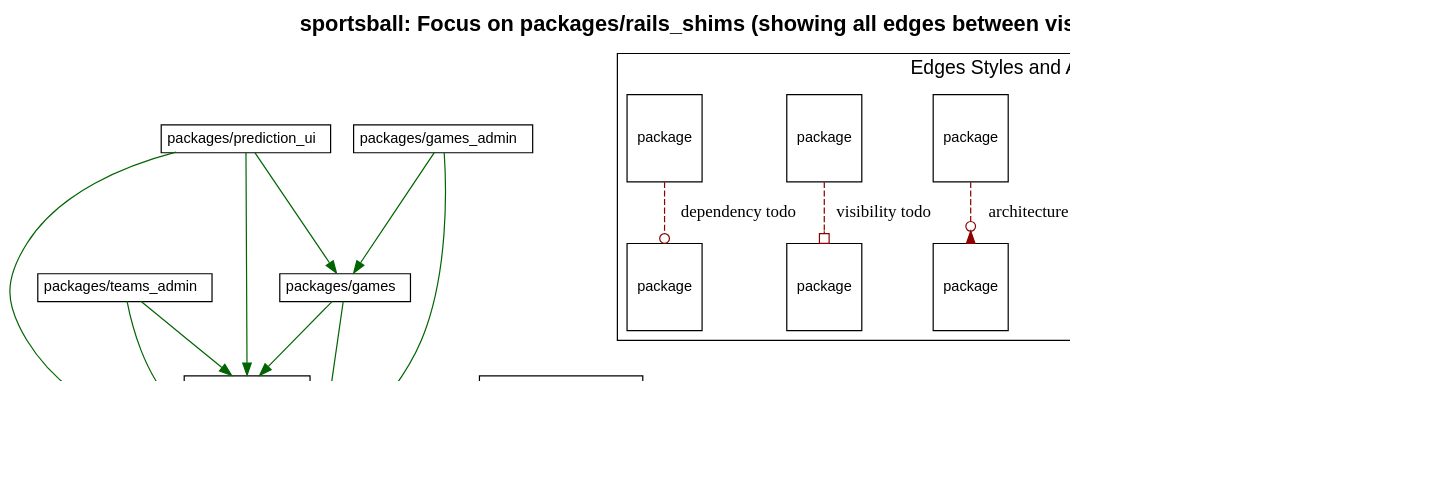
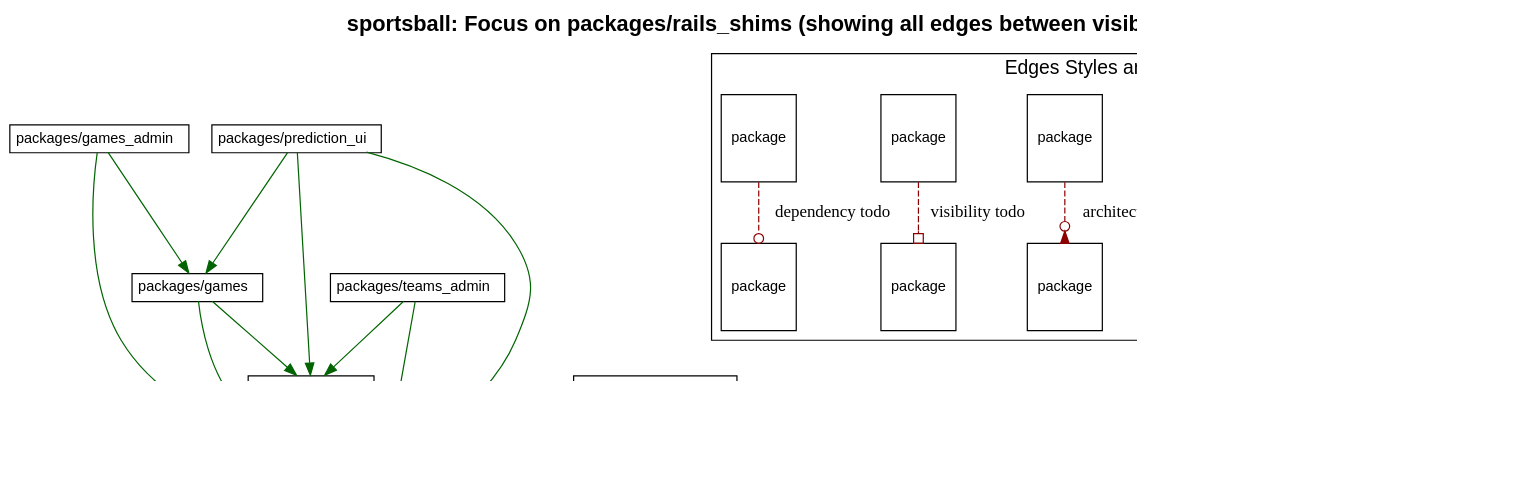
The diagram in c2s05/sportsball/diagrams/packages_rails_shims.dot (shageman/package-based-rails-applications-book), drawn with Graphviz before and after one commit. The commit also changed other lines of this file and 496 other files, not shown here.

Commit message:
Update package diagrams

```diff
--- a/c2s05/sportsball/diagrams/packages_rails_shims.dot
+++ b/c2s05/sportsball/diagrams/packages_rails_shims.dot
@@ -1,128 +1,128 @@
 digraph package_diagram {
   rankdir=TD
   graph [
     labelloc="t"
     fontname="Helvetica,Arial,sans-serif"
     dpi=100
     layout=dot
     label=<<b>sportsball: Focus on packages/rails_shims (showing all edges between visible packs)</b>>
     fontsize=18
   ]
   node [
     fontname="Helvetica,Arial,sans-serif"
     fontsize=26.0
     fontcolor=black
     fillcolor=white
     color=black
     height=1.0
     style=filled
     shape=plain
   ]
     subgraph NotInLayer {
       shape=box
       color=darkgrey
       fillcolor=lightblue
       style=filled
         cluster=false
-        "packages/rails_shims" [
-            fontsize=18.0
+        "packages/games" [
+            fontsize=12.0
             label= <
                 <table border='0' cellborder='1' cellspacing='0' cellpadding='4'>
-                  <tr> <td align='left'> packages/rails_shims </td> </tr>
+                  <tr> <td align='left'> packages/games </td> </tr>
+                </table>
+              >
+          ]
+        
+        "packages/games_admin" [
+            fontsize=12.0
+            label= <
+                <table border='0' cellborder='1' cellspacing='0' cellpadding='4'>
+                  <tr> <td align='left'> packages/games_admin </td> </tr>
                 </table>
               >
           ]
         
         "packages/prediction_ui" [
             fontsize=12.0
             label= <
                 <table border='0' cellborder='1' cellspacing='0' cellpadding='4'>
                   <tr> <td align='left'> packages/prediction_ui </td> </tr>
                 </table>
               >
           ]
         
-        "packages/games_admin" [
+        "packages/rails_shims" [
+            fontsize=18.0
+            label= <
+                <table border='0' cellborder='1' cellspacing='0' cellpadding='4'>
+                  <tr> <td align='left'> packages/rails_shims </td> </tr>
+                </table>
+              >
+          ]
+        
+        "packages/teams" [
             fontsize=12.0
             label= <
                 <table border='0' cellborder='1' cellspacing='0' cellpadding='4'>
-                  <tr> <td align='left'> packages/games_admin </td> </tr>
+                  <tr> <td align='left'> packages/teams </td> </tr>
                 </table>
               >
           ]
         
         "packages/teams_admin" [
             fontsize=12.0
             label= <
                 <table border='0' cellborder='1' cellspacing='0' cellpadding='4'>
                   <tr> <td align='left'> packages/teams_admin </td> </tr>
                 </table>
               >
           ]
         
         "packages/welcome_ui" [
             fontsize=12.0
             label= <
                 <table border='0' cellborder='1' cellspacing='0' cellpadding='4'>
                   <tr> <td align='left'> packages/welcome_ui </td> </tr>
                 </table>
               >
           ]
         
-        "packages/games" [
-            fontsize=12.0
-            label= <
-                <table border='0' cellborder='1' cellspacing='0' cellpadding='4'>
-                  <tr> <td align='left'> packages/games </td> </tr>
-                </table>
-              >
-          ]
-        
-        "packages/teams" [
-            fontsize=12.0
-            label= <
-                <table border='0' cellborder='1' cellspacing='0' cellpadding='4'>
-                  <tr> <td align='left'> packages/teams </td> </tr>
-                </table>
-              >
-          ]
-        
     }
+          "packages/games" -> "packages/rails_shims" [ color=darkgreen ]
+          "packages/games" -> "packages/teams" [ color=darkgreen ]
+          "packages/games_admin" -> "packages/games" [ color=darkgreen ]
+          "packages/games_admin" -> "packages/rails_shims" [ color=darkgreen ]
           "packages/prediction_ui" -> "packages/games" [ color=darkgreen ]
           "packages/prediction_ui" -> "packages/rails_shims" [ color=darkgreen ]
           "packages/prediction_ui" -> "packages/teams" [ color=darkgreen ]
-          "packages/games_admin" -> "packages/games" [ color=darkgreen ]
-          "packages/games_admin" -> "packages/rails_shims" [ color=darkgreen ]
+          "packages/teams" -> "packages/rails_shims" [ color=darkgreen ]
           "packages/teams_admin" -> "packages/rails_shims" [ color=darkgreen ]
           "packages/teams_admin" -> "packages/teams" [ color=darkgreen ]
           "packages/welcome_ui" -> "packages/rails_shims" [ color=darkgreen ]
-          "packages/games" -> "packages/rails_shims" [ color=darkgreen ]
-          "packages/games" -> "packages/teams" [ color=darkgreen ]
-          "packages/teams" -> "packages/rails_shims" [ color=darkgreen ]
   subgraph cluster_legend {
     fontsize=16
     label="Edges Styles and Arrow Heads"
     A [ fontsize=12 shape=box label="package"]
     B [ fontsize=12 shape=box label="package"]
     C [ fontsize=12 shape=box label="package"]
     D [ fontsize=12 shape=box label="package"]
     E [ fontsize=12 shape=box label="package"]
     F [ fontsize=12 shape=box label="package"]
     G [ fontsize=12 shape=box label="package"]
     H [ fontsize=12 shape=box label="package"]
     I [ fontsize=12 shape=box label="package"]
     J [ fontsize=12 shape=box label="package"]
     A -> B [label="accepted dependency" color=darkgreen]
     C -> D [label="privac todo" color=darkred style=dashed arrowhead=crow]
     E -> F [label="architecture todo" color=darkred style=dashed arrowhead=invodot]
     G -> H [label="visibility todo" color=darkred style=dashed arrowhead=obox]
     I -> J [label="dependency todo" color=darkred style=dashed arrowhead=odot]
   }
   subgraph cluster_teams_legend {
     fontsize=16
     label="Team Colors"
 
 
   }
   J -> "" [style=invis]
 }
```
